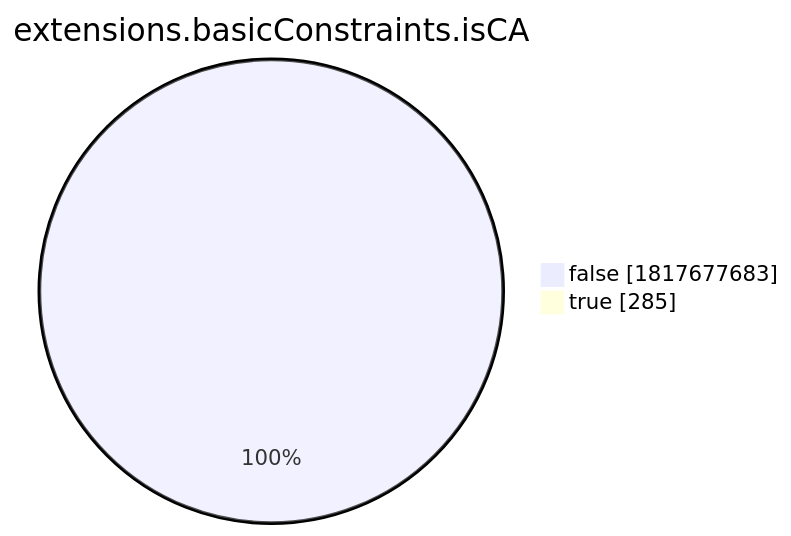
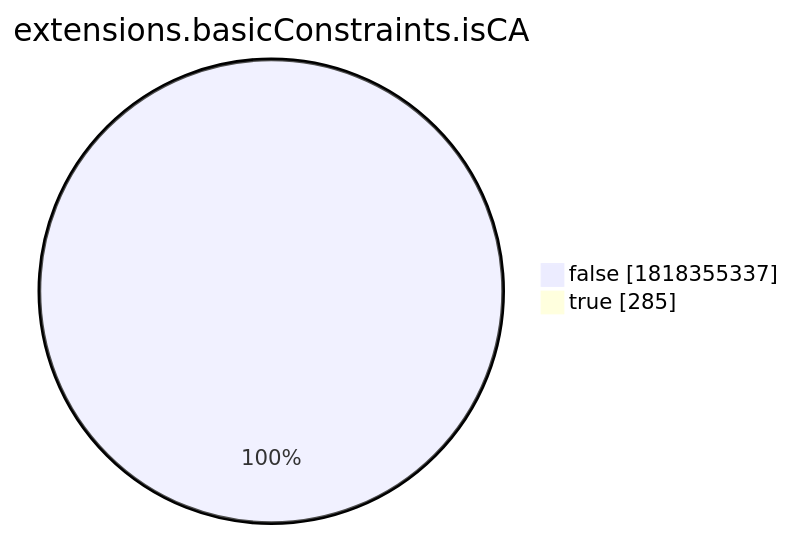
Before and after one commit to christiankrug/ctmonitor_visualization: the eighth of 15 diagrams in xenon2022/README.md, drawn with Mermaid. The commit also changed other lines of this file, not shown here.

````diff
--- a/xenon2022/README.md
+++ b/xenon2022/README.md
@@ -2868,6 +2868,6 @@
 ```mermaid
 pie showData
 title extensions.basicConstraints.isCA
-"false" :1817677683
+"false" :1818355337
 "true" :285
 ```
````
